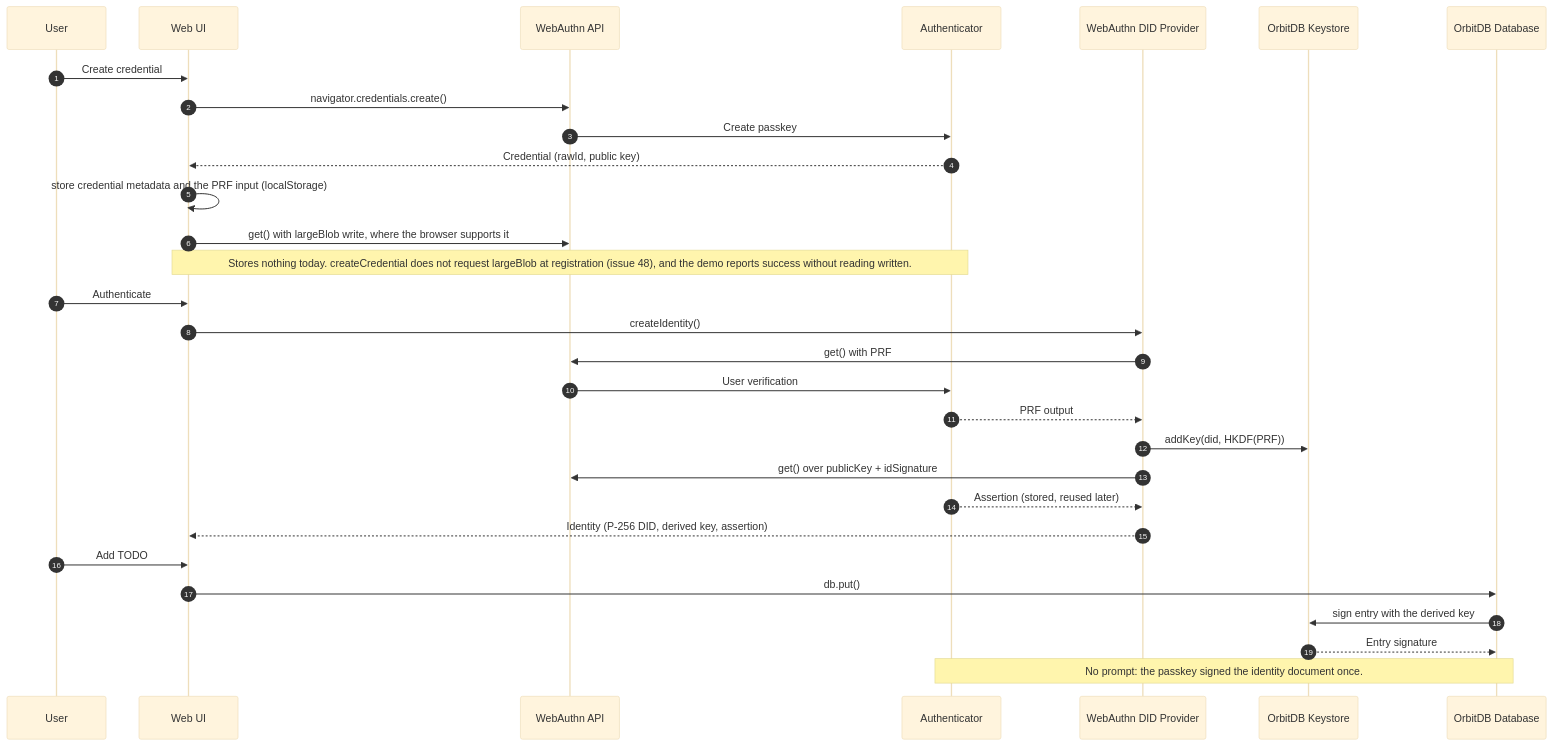
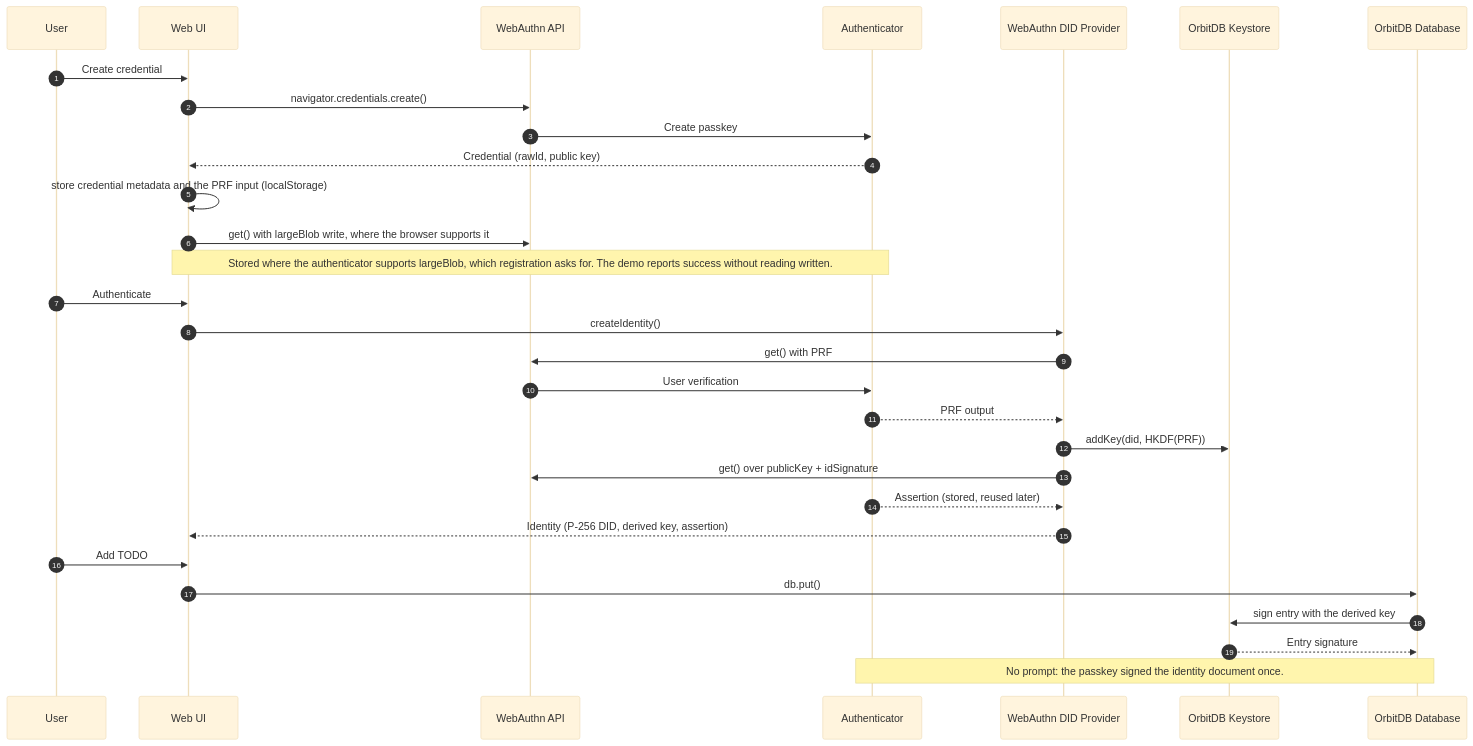
The diagram in examples/webauthn-todo-demo/README.md (Le-Space/orbitdb-identity-provider-webauthn-did), drawn with Mermaid (base theme) before and after one commit. The commit also changed 4 other files, not shown here.

````diff
--- a/examples/webauthn-todo-demo/README.md
+++ b/examples/webauthn-todo-demo/README.md
@@ -79,35 +79,35 @@
 ```mermaid
 sequenceDiagram
   autonumber
   participant User
   participant App as Web UI
   participant WebAuthn as WebAuthn API
   participant Auth as Authenticator
   participant Prov as WebAuthn DID Provider
   participant KS as OrbitDB Keystore
   participant DB as OrbitDB Database
 
   User->>App: Create credential
   App->>WebAuthn: navigator.credentials.create()
   WebAuthn->>Auth: Create passkey
   Auth-->>App: Credential (rawId, public key)
   App->>App: store credential metadata and the PRF input (localStorage)
   App->>WebAuthn: get() with largeBlob write, where the browser supports it
-  Note over App,Auth: Stores nothing today. createCredential does not request largeBlob at registration (issue 48), and the demo reports success without reading written.
+  Note over App,Auth: Stored where the authenticator supports largeBlob, which registration asks for. The demo reports success without reading written.
 
   User->>App: Authenticate
   App->>Prov: createIdentity()
   Prov->>WebAuthn: get() with PRF
   WebAuthn->>Auth: User verification
   Auth-->>Prov: PRF output
   Prov->>KS: addKey(did, HKDF(PRF))
   Prov->>WebAuthn: get() over publicKey + idSignature
   Auth-->>Prov: Assertion (stored, reused later)
   Prov-->>App: Identity (P-256 DID, derived key, assertion)
 
   User->>App: Add TODO
   App->>DB: db.put()
   DB->>KS: sign entry with the derived key
   KS-->>DB: Entry signature
   Note over Auth,DB: No prompt: the passkey signed the identity document once.
 ```
````
